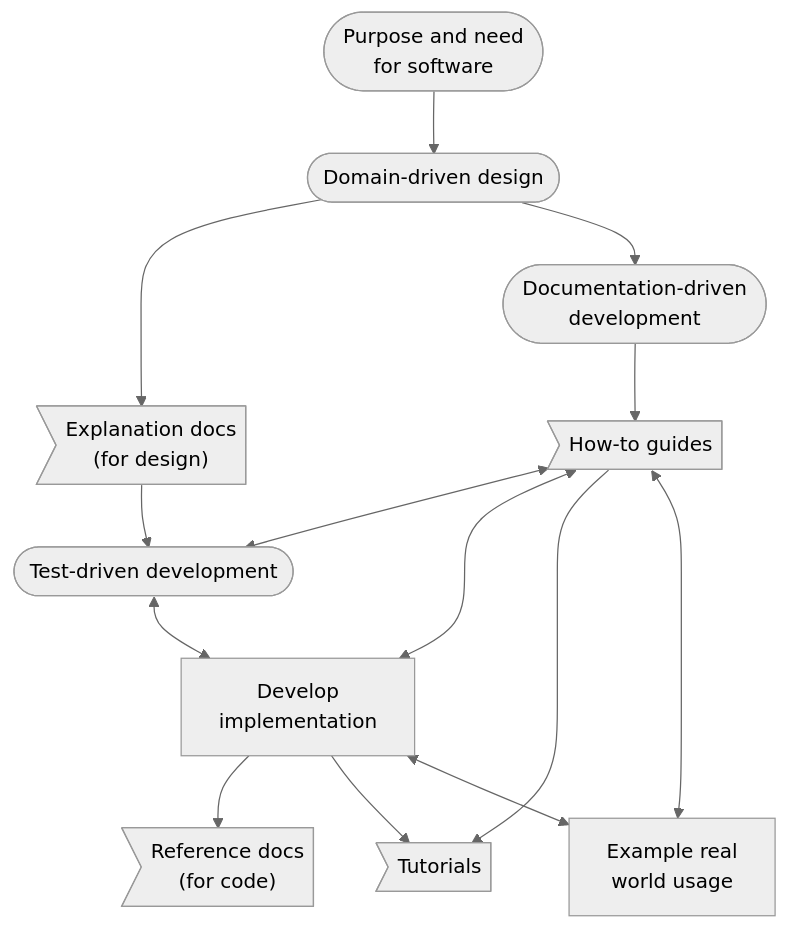
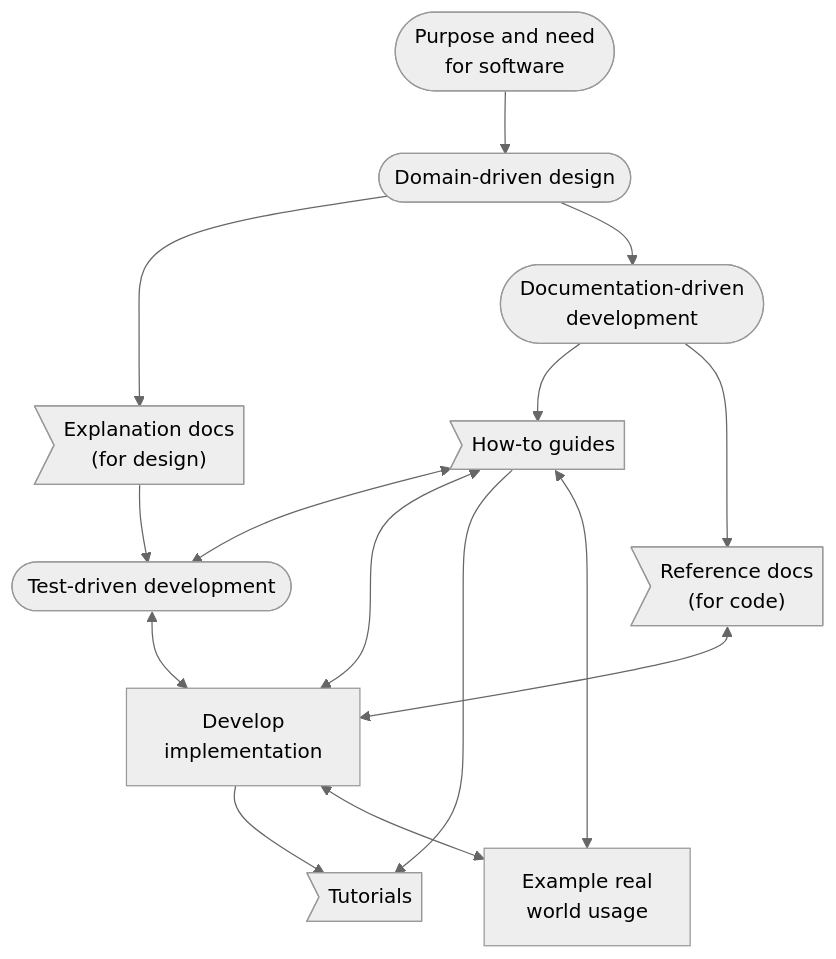
One commit to seedcase-project/guidebook changed the diagram in workflows/software.qmd. Above: the diagram before and after it, drawn with Mermaid (neutral theme). The commit also changed other lines of this file, not shown here.

First line of the commit message:
feat: ✨ add section on Doc Driven Development (#108)

````diff
--- a/workflows/software.qmd
+++ b/workflows/software.qmd
@@ -46,18 +46,19 @@
 ```{mermaid}
 %%| label: fig-software-development-workflow
 %%| fig-cap: "Software development workflow that combines domain-driven design, documentation-driven development, and test-driven development. Rounded boxes represent stages and methods of development, while indented rectangled boxes represent the output of those stages as documentation types. Rectangle boxes represent generic activities that integrate many stages together."
 %%| fig-alt: "A flowchart showing arrows going between different stages of the software development workflow, such as domain-driven design, documentation-driven development, and test-driven development, as well as different documentation types used for those stages."
 flowchart TB
     Aim([Purpose and need<br>for software]) --> DDDesign([Domain-driven design])
     DDDesign --> Design>"Explanation docs<br>(for design)"]
     DDDesign --> DDDev
     DDDev([Documentation-driven<br>development]) --> Guide>How-to guides]
+    DDDev([Documentation-driven<br>development]) --> CodeDocs>How-to guides]
     Guide <--> Test
     Guide <--> Develop[Develop<br>implementation]
     Design --> Test([Test-driven development])
     Test <--> Develop
-    Develop --> CodeDocs>"Reference docs<br>(for code)"]
+    CodeDocs>"Reference docs<br>(for code)"] <--> Develop
     Develop --> Tutorials>Tutorials]
     Guide --> Tutorials
     Guide & Develop <--> Examples[Example real<br>world usage]
 ```
````
